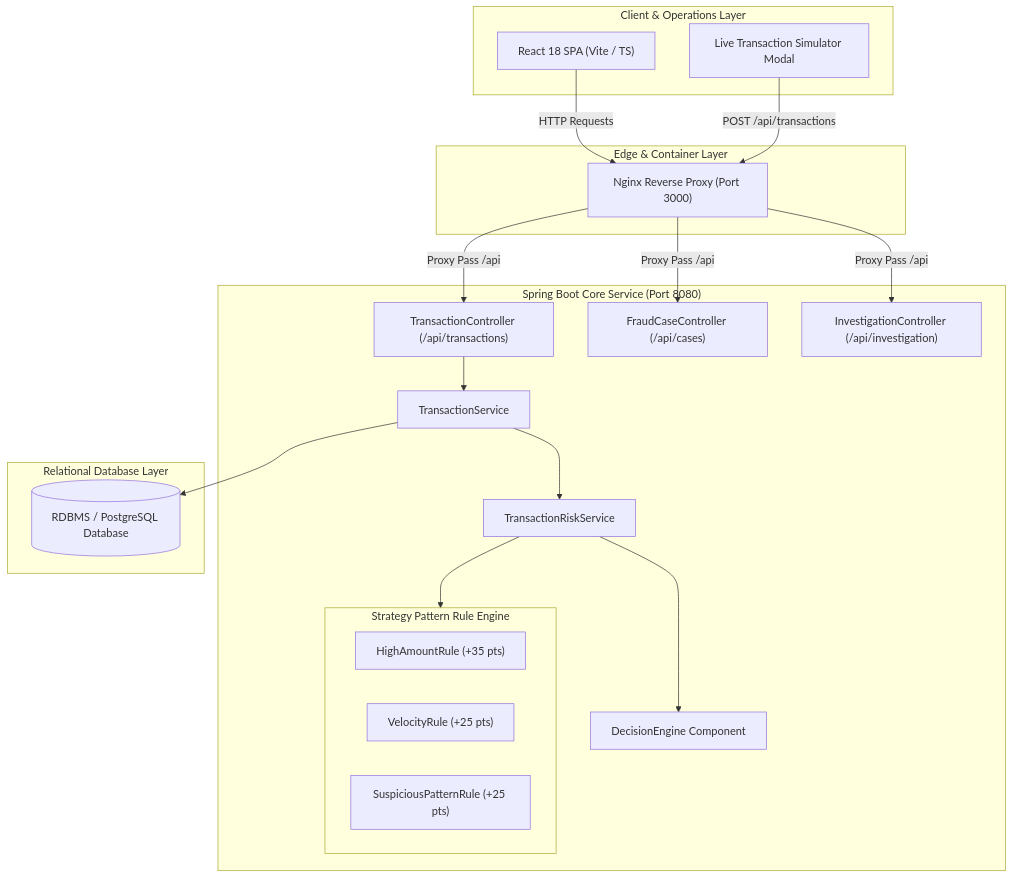
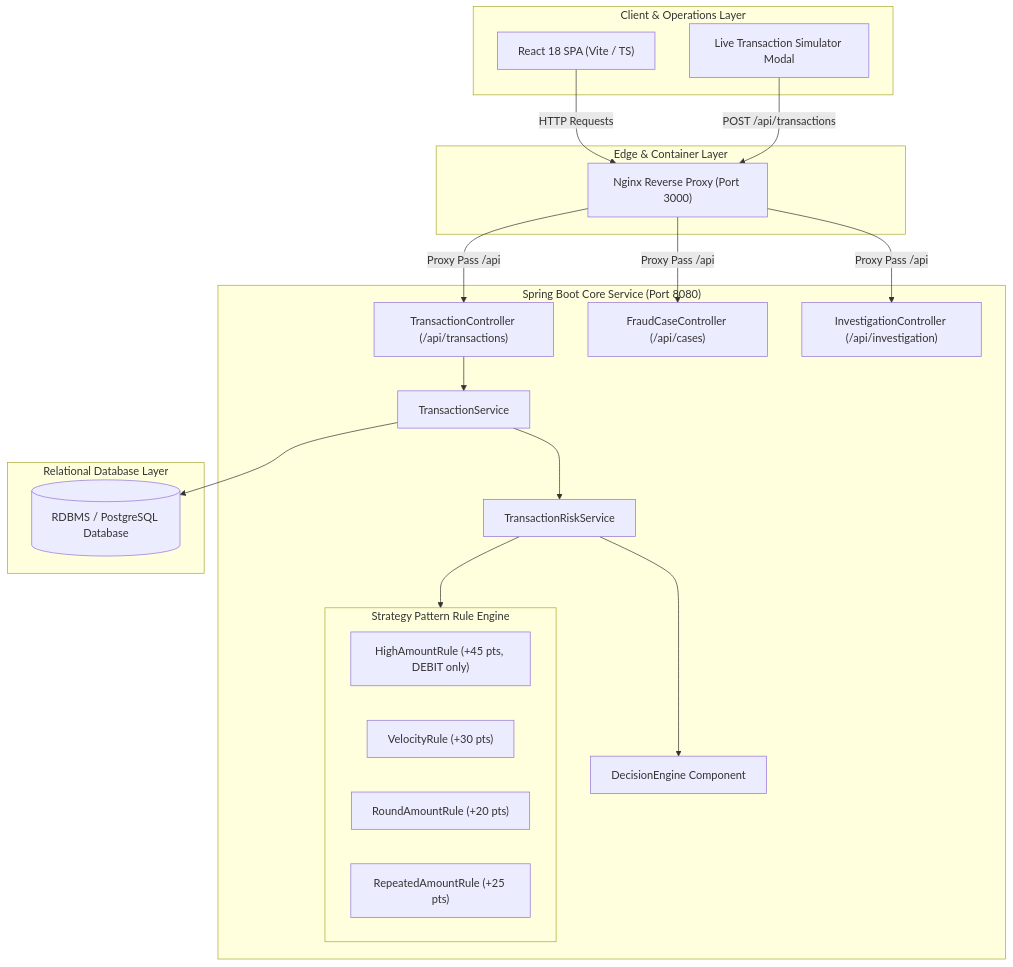
The first of 4 diagrams in README.md (PrakashSh05/FraudDetection-Java), drawn with Mermaid before and after one commit. The commit also changed other lines of this file and 2 other files, not shown here.

````diff
--- a/README.md
+++ b/README.md
@@ -36,43 +36,44 @@
 ```mermaid
 flowchart TB
     subgraph ClientLayer ["Client & Operations Layer"]
         UserBrowser["React 18 SPA (Vite / TS)"]
         SimulatorModal["Live Transaction Simulator Modal"]
     end
 
     subgraph EdgeLayer ["Edge & Container Layer"]
         Nginx["Nginx Reverse Proxy (Port 3000)"]
     end
 
     subgraph ApplicationLayer ["Spring Boot Core Service (Port 8080)"]
         TxnController["TransactionController (/api/transactions)"]
         CasesController["FraudCaseController (/api/cases)"]
         InvestigationController["InvestigationController (/api/investigation)"]
         
         TxnService["TransactionService"]
         RiskService["TransactionRiskService"]
         DecisionEngine["DecisionEngine Component"]
         
         subgraph RuleEngine ["Strategy Pattern Rule Engine"]
-            HighAmountRule["HighAmountRule (+35 pts)"]
-            VelocityRule["VelocityRule (+25 pts)"]
-            PatternRule["SuspiciousPatternRule (+25 pts)"]
+            HighAmountRule["HighAmountRule (+45 pts, DEBIT only)"]
+            VelocityRule["VelocityRule (+30 pts)"]
+            RoundAmountRule["RoundAmountRule (+20 pts)"]
+            RepeatedAmountRule["RepeatedAmountRule (+25 pts)"]
         end
     end
 
     subgraph PersistenceLayer ["Relational Database Layer"]
         PostgresDB[("RDBMS / PostgreSQL Database")]
     end
 
     UserBrowser -->|HTTP Requests| Nginx
     SimulatorModal -->|POST /api/transactions| Nginx
     Nginx -->|Proxy Pass /api| TxnController
     Nginx -->|Proxy Pass /api| CasesController
     Nginx -->|Proxy Pass /api| InvestigationController
 
     TxnController --> TxnService
     TxnService --> RiskService
     RiskService --> RuleEngine
     RiskService --> DecisionEngine
     TxnService --> PostgresDB
 ```
````
